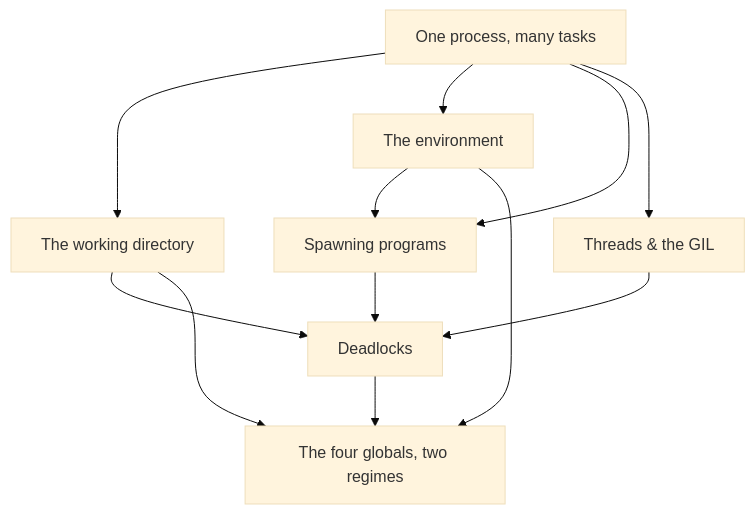
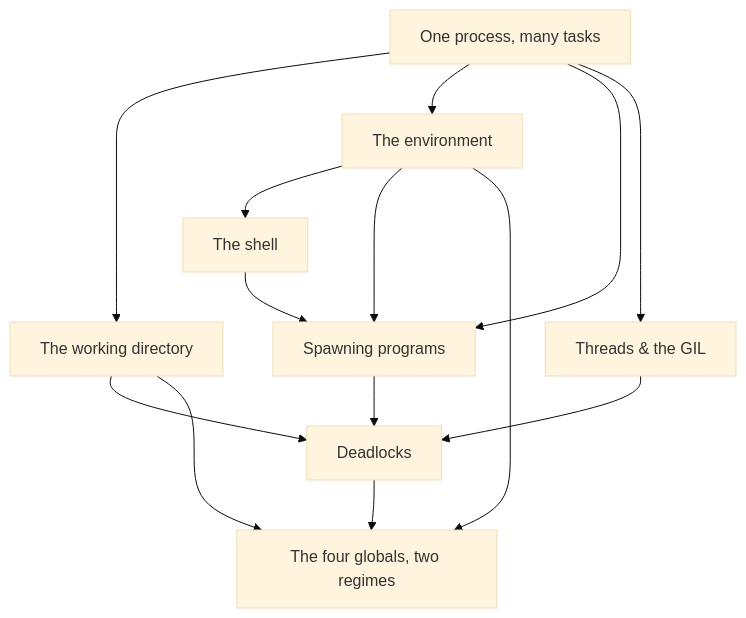
One commit to willemkokke/footman changed the diagram in docs/foundations.md. Above: the diagram before and after it, drawn with Mermaid (base theme). The commit also changed 17 other files, not shown here.

````diff
--- a/docs/foundations.md
+++ b/docs/foundations.md
@@ -20,14 +20,16 @@
 ``` mermaid
 graph TD
   P["One process, many tasks"] --> C["The working directory"]
   P --> E["The environment"]
   P --> S["Spawning programs"]
   P --> T["Threads & the GIL"]
   C --> D["Deadlocks"]
+  E --> Sh["The shell"]
+  Sh --> S
   E --> S
   S --> D
   T --> D
   D --> R["The four globals, two regimes"]
   C --> R
   E --> R
 ```
````
